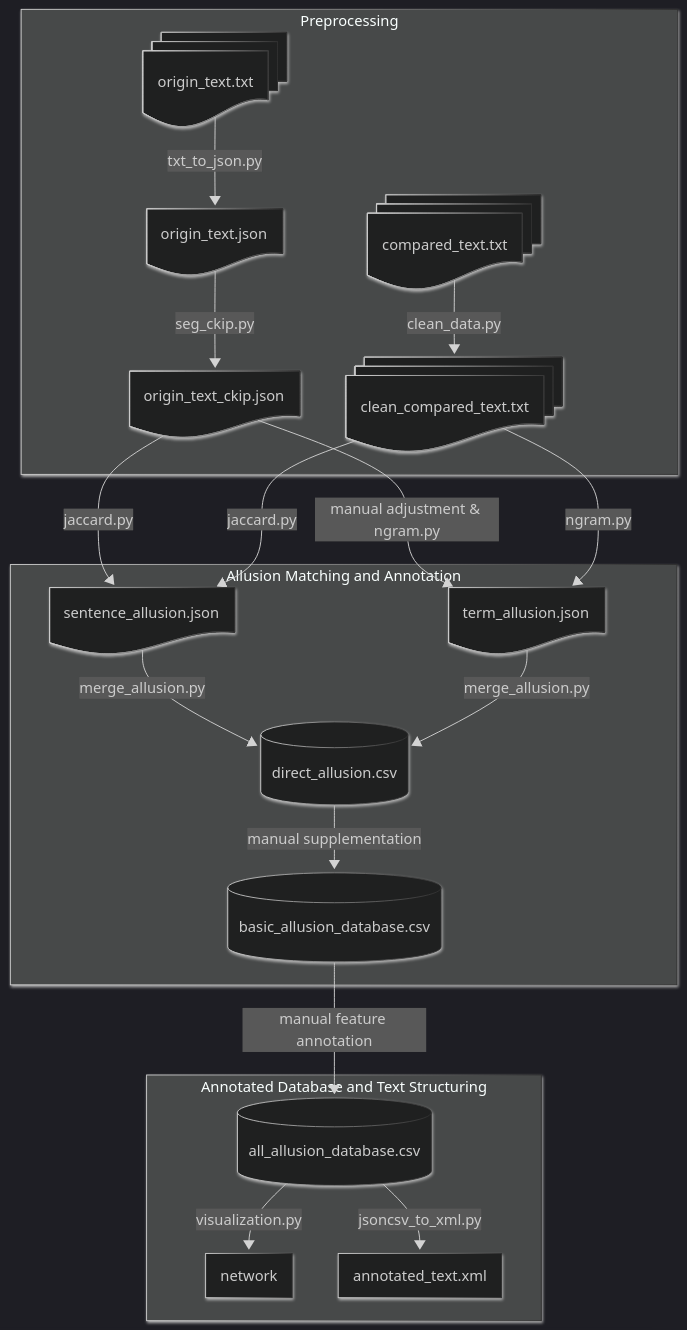
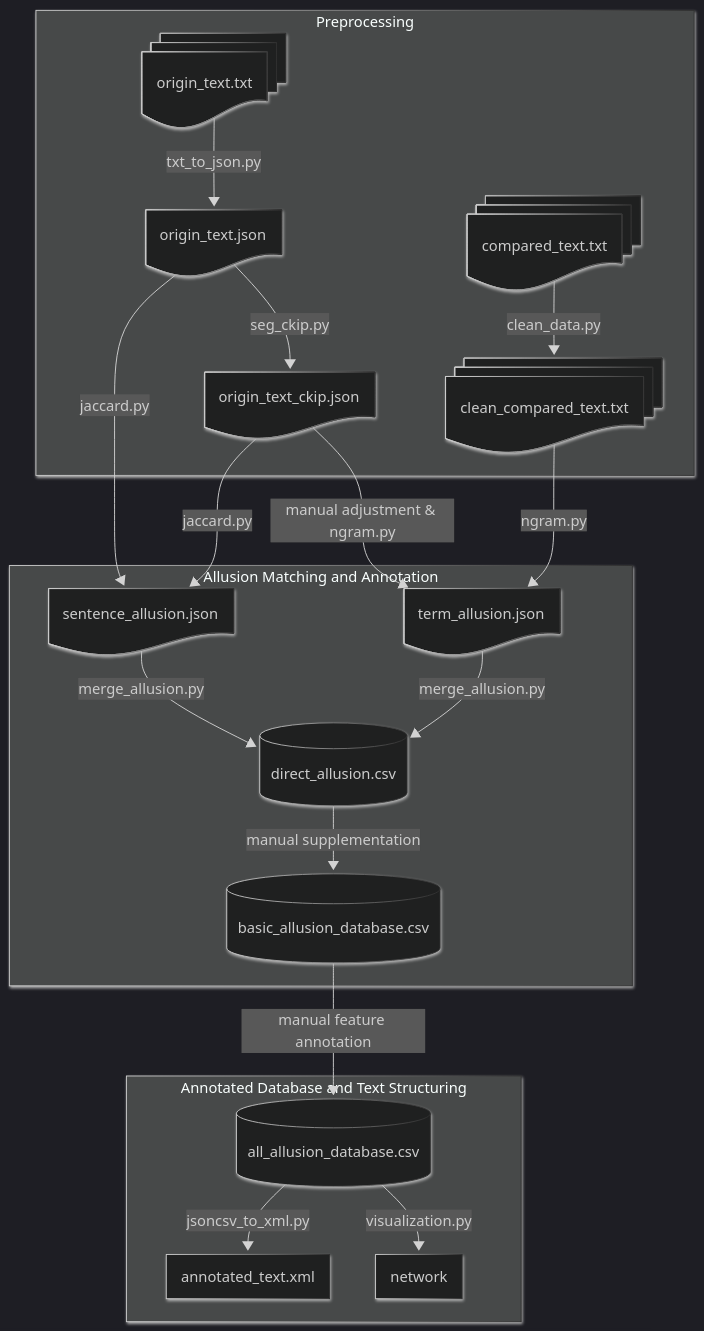
Before and after one commit to Taoyi-Chiang/lufu_allusion: the diagram in README.md, drawn with Mermaid.

````diff
--- a/README.md
+++ b/README.md
@@ -2,46 +2,46 @@
 ```mermaid
 ---
 config:
   theme: dark
   look: neo
 ---
 flowchart TD
  subgraph Preprocessing["Preprocessing"]
         B1["origin_text.json"]
         A1["origin_text.txt"]
         B2["origin_text_ckip.json"]
         A3["clean_compared_text.txt"]
         A2["compared_text.txt"]
   end
  subgraph subGraph1["Allusion Matching and Annotation"]
         C2["term_allusion.json"]
         C1["sentence_allusion.json"]
         D1[("direct_allusion.csv")]
         E1[("basic_allusion_database.csv")]
   end
  subgraph subGraph2["Annotated Database and Text Structuring"]
         E2[("all_allusion_database.csv")]
         F1["network"]
         F2["annotated_text.xml"]
   end
     A1 -- "txt_to_json.py" --> B1
     B1 -- "seg_ckip.py" --> B2
     A2 -- "clean_data.py" --> A3
     B2 -- "manual adjustment & ngram.py"--> C2
     B2 -- "jaccard.py" --> C1
-    A3 -- "jaccard.py" --> C1
+    B1 -- "jaccard.py" --> C1
     A3 -- "ngram.py" --> C2
     C1 -- "merge_allusion.py" --> D1
     C2 -- "merge_allusion.py" --> D1
     D1 -- manual supplementation --> E1
     E1 -- manual feature annotation --> E2
     E2 -- "visualization.py" --> F1
     E2 -- "jsoncsv_to_xml.py" --> F2
     B1@{ shape: doc}
     A1@{ shape: docs}
     B2@{ shape: doc}
     A3@{ shape: docs}
     A2@{ shape: docs}
     C2@{ shape: doc}
     C1@{ shape: doc}
 ```
````
